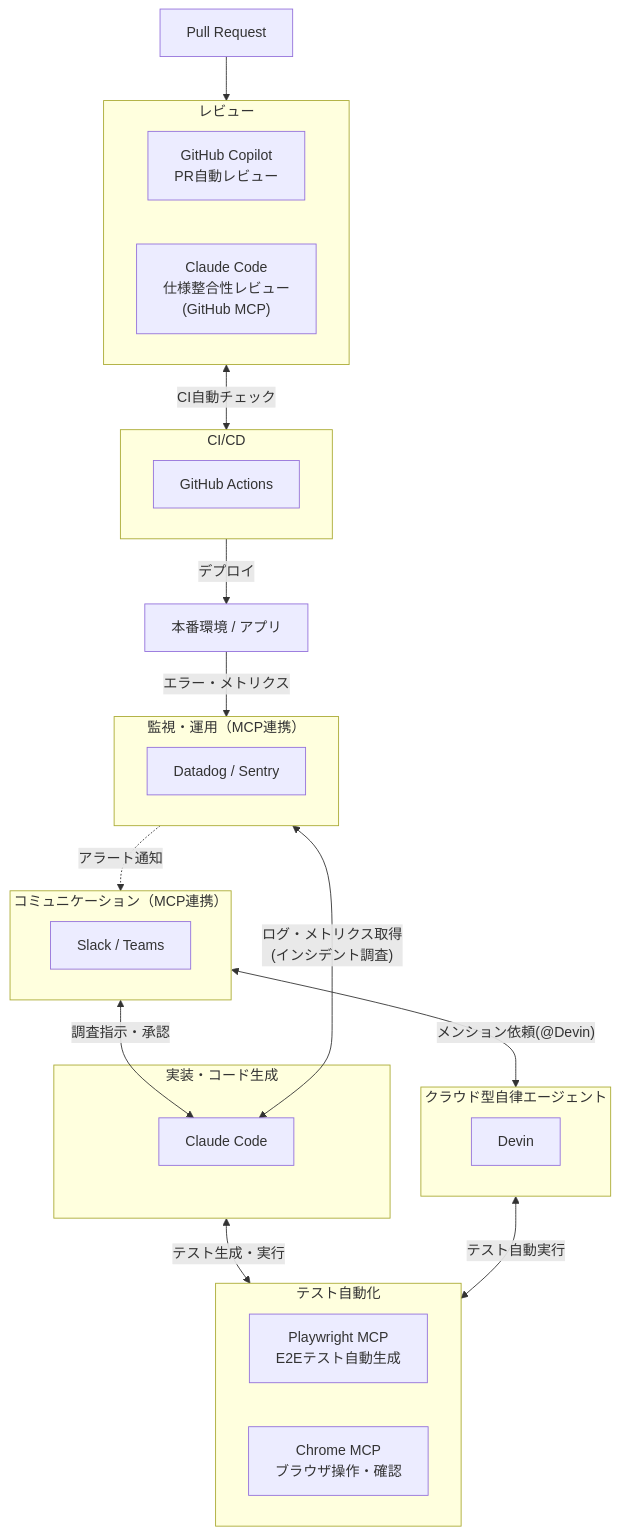
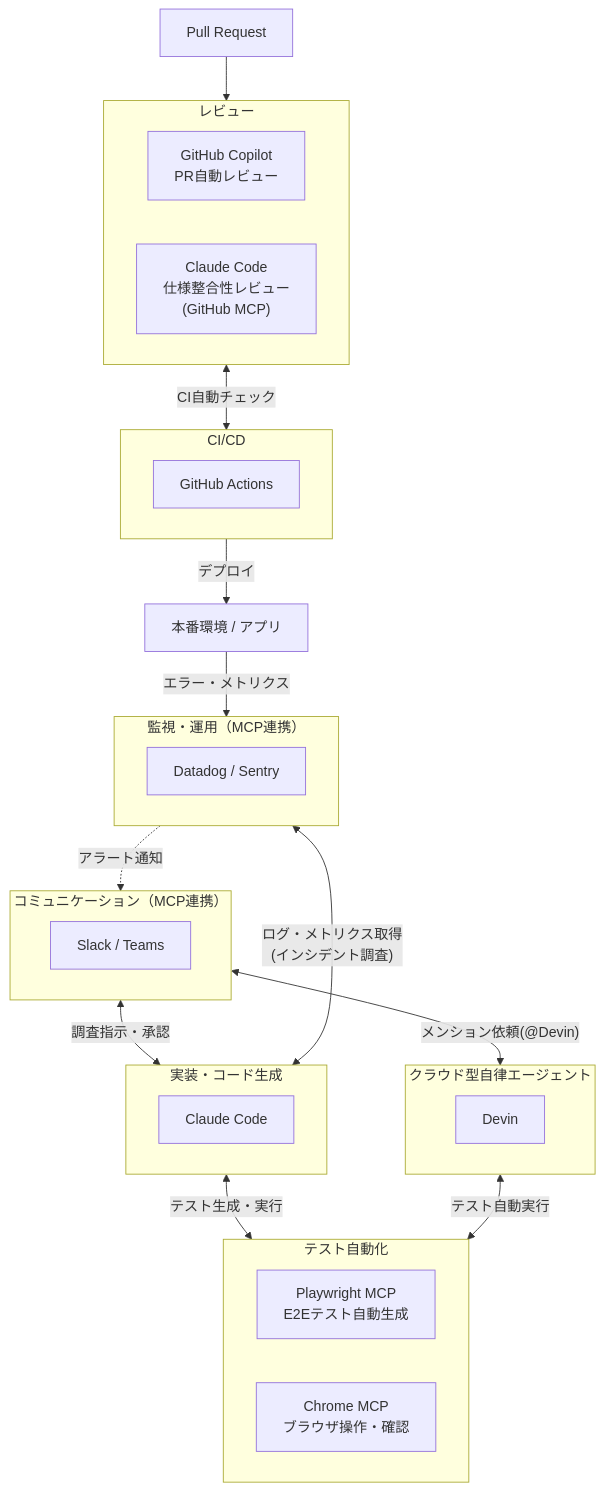
Before and after one commit to takuma39/ai: the second of 20 diagrams in AI駆動開発.md, drawn with Mermaid. The commit also changed other lines of this file, not shown here.

Commit message:
update: AI駆動開発.mdを更新

````diff
--- a/AI駆動開発.md
+++ b/AI駆動開発.md
@@ -131,47 +131,47 @@
 ```mermaid
 graph TD
     PR["Pull Request"]
 
     subgraph impl["実装・コード生成"]
         CC["Claude Code"]
     end
 
     subgraph saas_agent["クラウド型自律エージェント"]
         Devin["Devin"]
     end
 
     subgraph review["レビュー"]
         Copilot["GitHub Copilot<br/>PR自動レビュー"]
         ClaudeRev["Claude Code<br/>仕様整合性レビュー<br/>(GitHub MCP)"]
     end
 
     subgraph testing["テスト自動化"]
         PW["Playwright MCP<br/>E2Eテスト自動生成"]
         Chrome["Chrome MCP<br/>ブラウザ操作・確認"]
     end
 
     subgraph cicd["CI/CD"]
         GHActions["GitHub Actions"]
     end
 
     subgraph monitoring["監視・運用（MCP連携）"]
         Monitor["Datadog / Sentry"]
     end
 
     subgraph communication["コミュニケーション（MCP連携）"]
         Slack["Slack / Teams"]
     end
 
     Prod["本番環境 / アプリ"]
 
     PR --> review
     impl <-->|"テスト生成・実行"| testing
     saas_agent <-->|"テスト自動実行"| testing
     review <-->|"CI自動チェック"| cicd
     cicd -->|"デプロイ"| Prod
     Prod -->|"エラー・メトリクス"| monitoring
     monitoring -.->|"アラート通知"| communication
-    communication <-->|"調査指示・承認"| CC
+    communication <-->|"調査指示・承認"| impl
     communication <-->|"メンション依頼(@Devin)"| saas_agent
-    monitoring <-->|"ログ・メトリクス取得<br/>(インシデント調査)"| CC
+    monitoring <-->|"ログ・メトリクス取得<br/>(インシデント調査)"| impl
 ```
````
